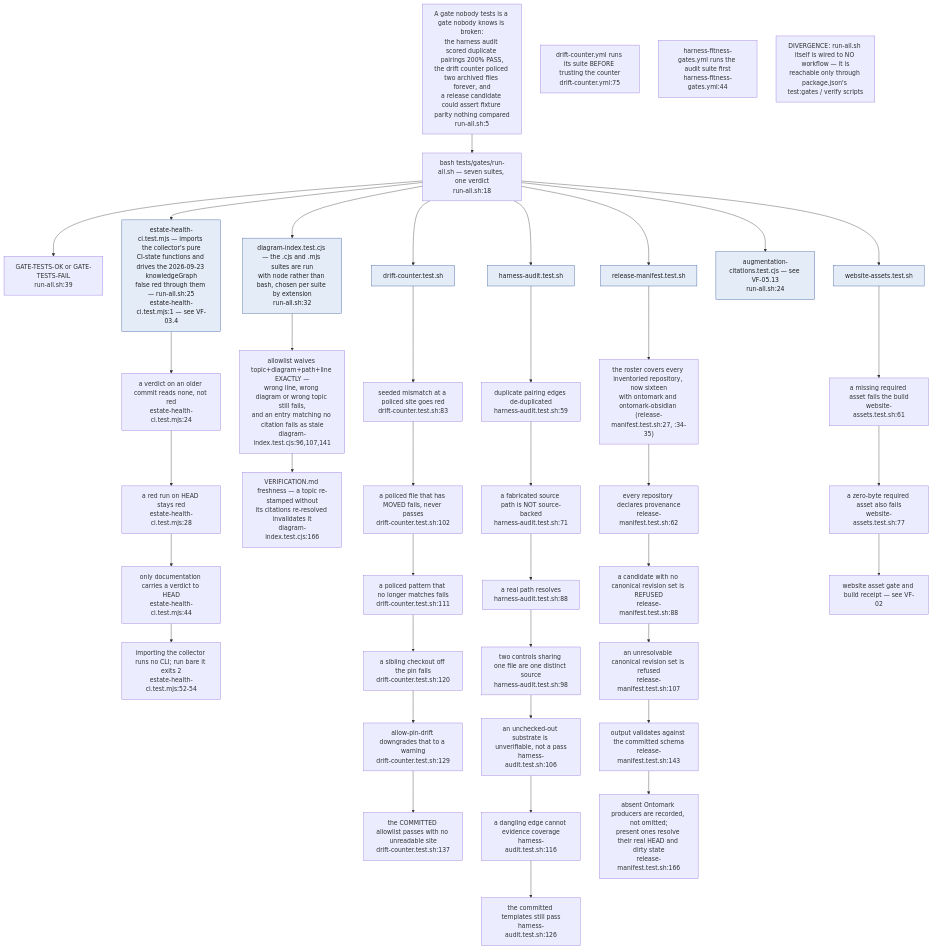
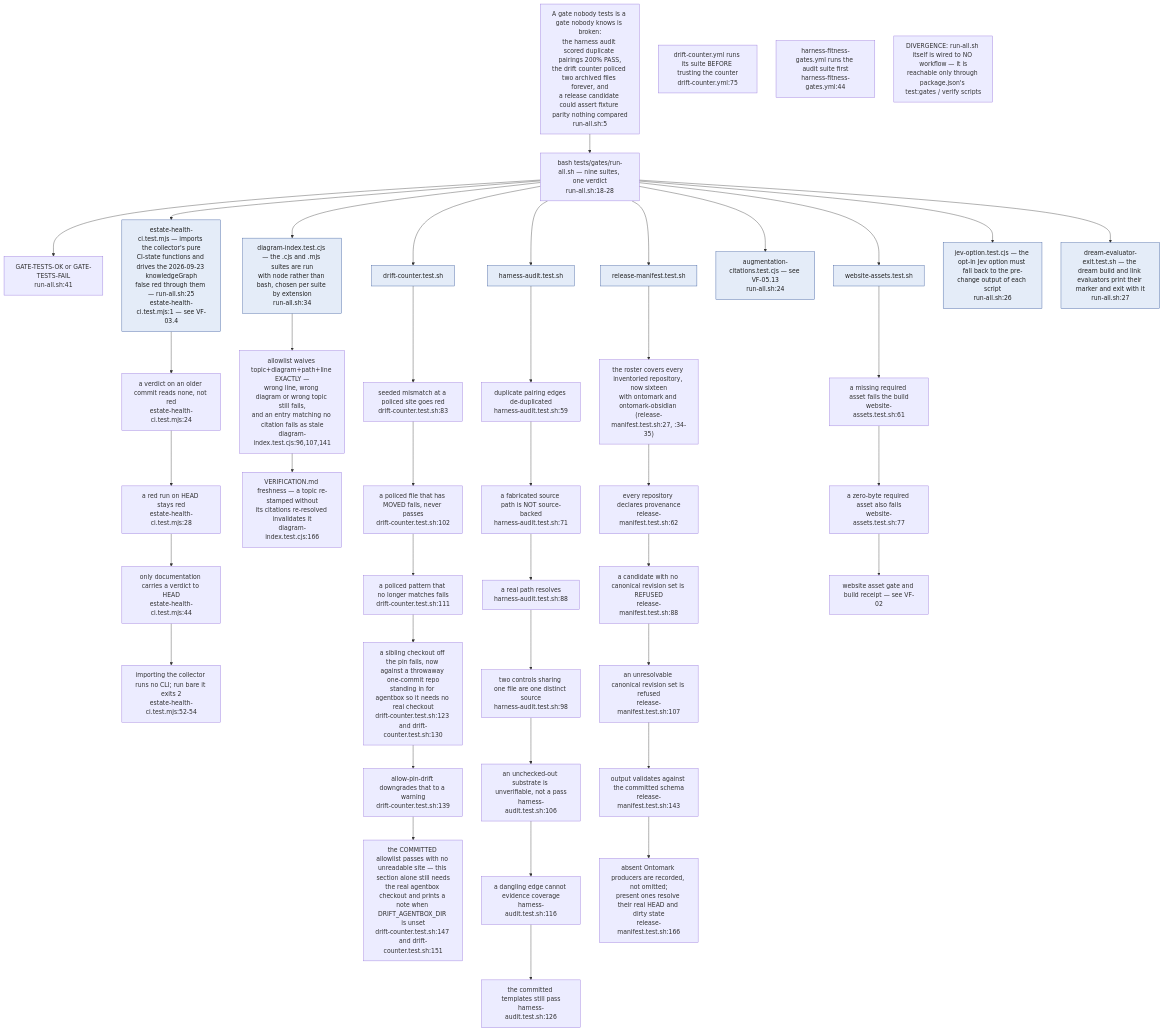
Before and after one commit to DreamLab-AI/VisionFlow: the tenth of 13 diagrams in docs/diagrams/visionflow/05-governance-gates.md, drawn with Mermaid. The commit also changed other lines of this file and 160 other files, not shown here.

````diff
--- a/docs/diagrams/visionflow/05-governance-gates.md
+++ b/docs/diagrams/visionflow/05-governance-gates.md
@@ -440,54 +427,56 @@
 ```mermaid
 flowchart TB
     classDef suite fill:#e4ecf8,stroke:#33559a,color:#222
 
     WHY["A gate nobody tests is a gate nobody knows is broken:<br/>the harness audit scored duplicate pairings 200% PASS,<br/>the drift counter policed two archived files forever, and<br/>a release candidate could assert fixture parity nothing compared<br/>run-all.sh:5"]
 
-    WHY --> RUN["bash tests/gates/run-all.sh — seven suites, one verdict<br/>run-all.sh:18"]
-    RUN --> PRINT["GATE-TESTS-OK or GATE-TESTS-FAIL<br/>run-all.sh:39"]
+    WHY --> RUN["bash tests/gates/run-all.sh — nine suites, one verdict<br/>run-all.sh:18-28"]
+    RUN --> PRINT["GATE-TESTS-OK or GATE-TESTS-FAIL<br/>run-all.sh:41"]
 
     RUN --> S1["drift-counter.test.sh"]:::suite
     RUN --> S2["harness-audit.test.sh"]:::suite
     RUN --> S3["release-manifest.test.sh"]:::suite
     RUN --> S4["website-assets.test.sh"]:::suite
-    RUN --> S5["diagram-index.test.cjs — the .cjs and .mjs suites are run<br/>with node rather than bash, chosen per suite by extension<br/>run-all.sh:32"]:::suite
+    RUN --> S5["diagram-index.test.cjs — the .cjs and .mjs suites are run<br/>with node rather than bash, chosen per suite by extension<br/>run-all.sh:34"]:::suite
     RUN --> S6["augmentation-citations.test.cjs — see VF-05.13<br/>run-all.sh:24"]:::suite
     RUN --> S7["estate-health-ci.test.mjs — imports the collector's pure<br/>CI-state functions and drives the 2026-09-23 knowledgeGraph<br/>false red through them — run-all.sh:25<br/>estate-health-ci.test.mjs:1 — see VF-03.4"]:::suite
+    RUN --> S8["jev-option.test.cjs — the opt-in Jev option must fall back to the pre-change output of each script<br/>run-all.sh:26"]:::suite
+    RUN --> S9["dream-evaluator-exit.test.sh — the dream build and link evaluators print their marker and exit with it<br/>run-all.sh:27"]:::suite
     S7 --> E1["a verdict on an older commit reads none, not red<br/>estate-health-ci.test.mjs:24"]
     E1 --> E2["a red run on HEAD stays red<br/>estate-health-ci.test.mjs:28"]
     E2 --> E3["only documentation carries a verdict to HEAD<br/>estate-health-ci.test.mjs:44"]
     E3 --> E4["importing the collector runs no CLI; run bare it exits 2<br/>estate-health-ci.test.mjs:52-54"]
 
     S5 --> DI1["allowlist waives topic+diagram+path+line EXACTLY —<br/>wrong line, wrong diagram or wrong topic still fails,<br/>and an entry matching no citation fails as stale<br/>diagram-index.test.cjs:96,107,141"]
     DI1 --> DI2["VERIFICATION.md freshness — a topic re-stamped without<br/>its citations re-resolved invalidates it<br/>diagram-index.test.cjs:166"]
 
     S1 --> D1["seeded mismatch at a policed site goes red<br/>drift-counter.test.sh:83"]
     D1 --> D2["a policed file that has MOVED fails, never passes<br/>drift-counter.test.sh:102"]
     D2 --> D3["a policed pattern that no longer matches fails<br/>drift-counter.test.sh:111"]
-    D3 --> D4["a sibling checkout off the pin fails<br/>drift-counter.test.sh:120"]
-    D4 --> D5["allow-pin-drift downgrades that to a warning<br/>drift-counter.test.sh:129"]
-    D5 --> D6["the COMMITTED allowlist passes with no unreadable site<br/>drift-counter.test.sh:137"]
+    D3 --> D4["a sibling checkout off the pin fails, now against a throwaway one-commit repo<br/>standing in for agentbox so it needs no real checkout<br/>drift-counter.test.sh:123 and drift-counter.test.sh:130"]
+    D4 --> D5["allow-pin-drift downgrades that to a warning<br/>drift-counter.test.sh:139"]
+    D5 --> D6["the COMMITTED allowlist passes with no unreadable site — this section alone still needs<br/>the real agentbox checkout and prints a note when DRIFT_AGENTBOX_DIR is unset<br/>drift-counter.test.sh:147 and drift-counter.test.sh:151"]
 
     S2 --> H1["duplicate pairing edges de-duplicated<br/>harness-audit.test.sh:59"]
     H1 --> H2["a fabricated source path is NOT source-backed<br/>harness-audit.test.sh:71"]
     H2 --> H3["a real path resolves<br/>harness-audit.test.sh:88"]
     H3 --> H4["two controls sharing one file are one distinct source<br/>harness-audit.test.sh:98"]
     H4 --> H5["an unchecked-out substrate is unverifiable, not a pass<br/>harness-audit.test.sh:106"]
     H5 --> H6["a dangling edge cannot evidence coverage<br/>harness-audit.test.sh:116"]
     H6 --> H7["the committed templates still pass<br/>harness-audit.test.sh:126"]
 
     S3 --> R1["the roster covers every inventoried repository, now sixteen<br/>with ontomark and ontomark-obsidian (release-manifest.test.sh:27, :34-35)"]
     R1 --> R2["every repository declares provenance<br/>release-manifest.test.sh:62"]
     R2 --> R3["a candidate with no canonical revision set is REFUSED<br/>release-manifest.test.sh:88"]
     R3 --> R4["an unresolvable canonical revision set is refused<br/>release-manifest.test.sh:107"]
     R4 --> R5["output validates against the committed schema<br/>release-manifest.test.sh:143"]
     R5 --> R6["absent Ontomark producers are recorded, not omitted;<br/>present ones resolve their real HEAD and dirty state<br/>release-manifest.test.sh:166"]
 
     S4 --> W1["a missing required asset fails the build<br/>website-assets.test.sh:61"]
     W1 --> W2["a zero-byte required asset also fails<br/>website-assets.test.sh:77"]
     W2 --> WX["website asset gate and build receipt — see VF-02"]
 
     CI1["drift-counter.yml runs its suite BEFORE trusting the counter<br/>drift-counter.yml:75"]
     CI2["harness-fitness-gates.yml runs the audit suite first<br/>harness-fitness-gates.yml:44"]
     CI3["DIVERGENCE: run-all.sh itself is wired to NO workflow — it is<br/>reachable only through package.json's test:gates / verify scripts"]
 ```
````
